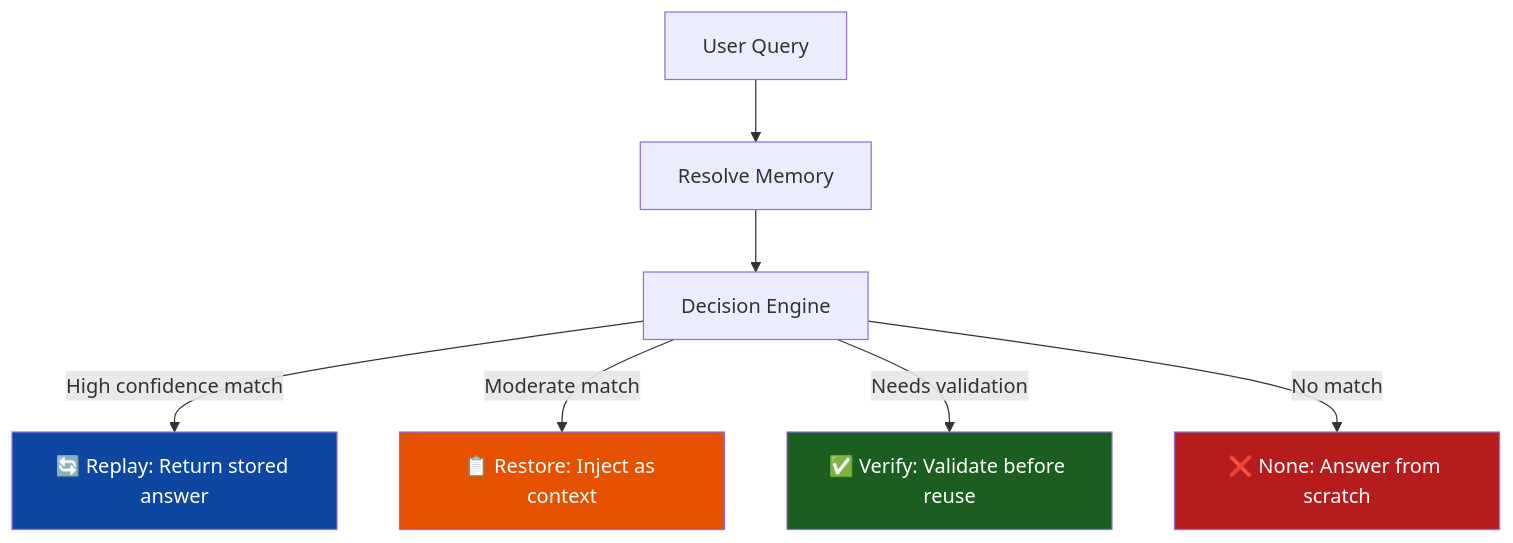
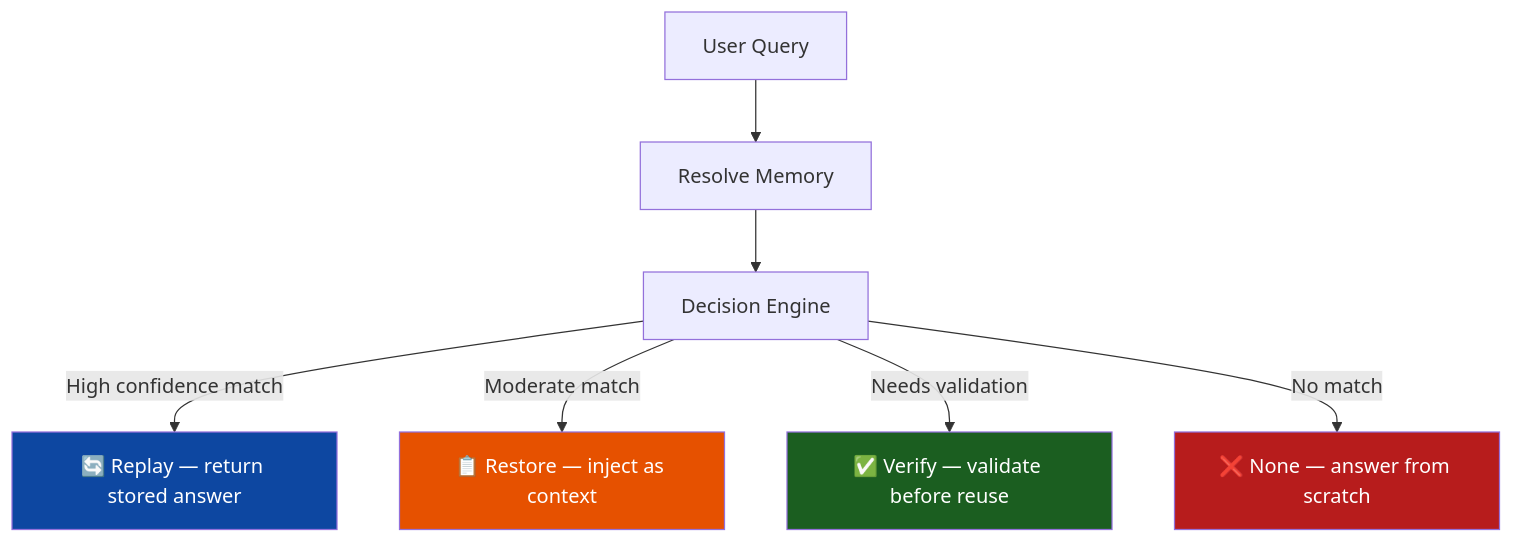
The diagram in README.md (theprodsde/agent-memory-sdk), drawn with Mermaid before and after one commit. The commit also changed other lines of this file and 35 other files, not shown here.

````diff
--- a/README.md
+++ b/README.md
@@ -28,14 +24,14 @@
 ```mermaid
 flowchart TD
     A[User Query] --> B[Resolve Memory]
     B --> C[Decision Engine]
-    C -->|High confidence match| D[🔄 Replay: Return stored answer]
-    C -->|Moderate match| E[📋 Restore: Inject as context]
-    C -->|Needs validation| F[✅ Verify: Validate before reuse]
-    C -->|No match| G[❌ None: Answer from scratch]
-    
-    style D fill:#0d47a1,color:#ffffff
-    style E fill:#e65100,color:#ffffff
-    style F fill:#1b5e20,color:#ffffff
-    style G fill:#b71c1c,color:#ffffff
+    C -->|High confidence match| D[🔄 Replay — return stored answer]
+    C -->|Moderate match| E[📋 Restore — inject as context]
+    C -->|Needs validation| F[✅ Verify — validate before reuse]
+    C -->|No match| G[❌ None — answer from scratch]
+
+    style D fill:#0d47a1,color:#fff
+    style E fill:#e65100,color:#fff
+    style F fill:#1b5e20,color:#fff
+    style G fill:#b71c1c,color:#fff
 ```
````
